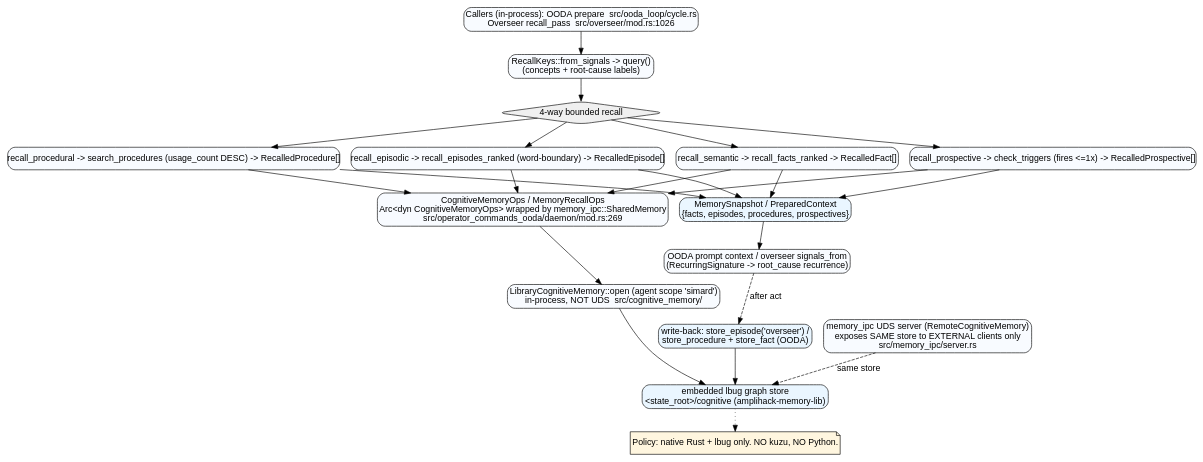
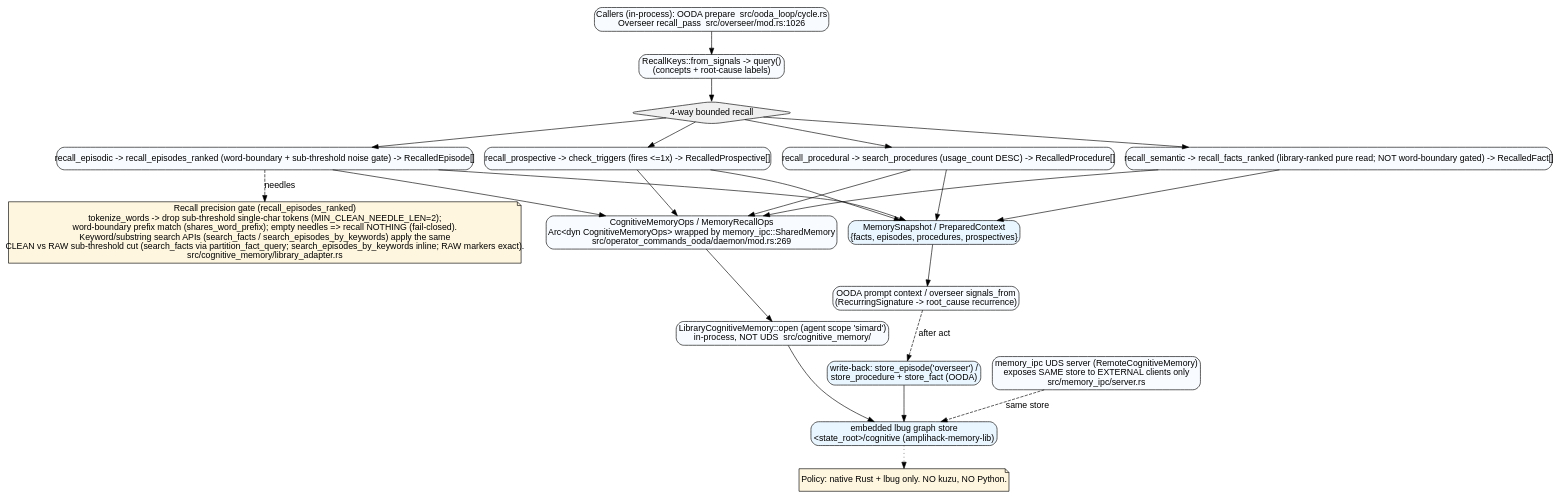
The diagram in docs/atlas/agentic-flows/agentic-memory-recall.dot (rysweet/Simard), drawn with Graphviz before and after one commit. The commit also changed 11 other files, not shown here.

```diff
--- a/docs/atlas/agentic-flows/agentic-memory-recall.dot
+++ b/docs/atlas/agentic-flows/agentic-memory-recall.dot
@@ -1,32 +1,33 @@
 digraph AgenticMemoryRecall {
   rankdir=TB;
   node [shape=box, style="rounded,filled", fillcolor="#f8fbff", fontname="Arial"];
   edge [fontname="Arial"];
 
   trigger [label="Callers (in-process): OODA prepare  src/ooda_loop/cycle.rs\nOverseer recall_pass  src/overseer/mod.rs:1026"];
   keys    [label="RecallKeys::from_signals -> query()\n(concepts + root-cause labels)"];
   fanout  [label="4-way bounded recall", shape=diamond, fillcolor="#f0f0f0"];
-  sem     [label="recall_semantic -> recall_facts_ranked -> RecalledFact[]"];
-  epi     [label="recall_episodic -> recall_episodes_ranked (word-boundary) -> RecalledEpisode[]"];
+  sem     [label="recall_semantic -> recall_facts_ranked (library-ranked pure read; NOT word-boundary gated) -> RecalledFact[]"];
+  epi     [label="recall_episodic -> recall_episodes_ranked (word-boundary + sub-threshold noise gate) -> RecalledEpisode[]"];
   proc    [label="recall_procedural -> search_procedures (usage_count DESC) -> RecalledProcedure[]"];
   pros    [label="recall_prospective -> check_triggers (fires <=1x) -> RecalledProspective[]"];
   adapter [label="CognitiveMemoryOps / MemoryRecallOps\nArc<dyn CognitiveMemoryOps> wrapped by memory_ipc::SharedMemory\nsrc/operator_commands_ooda/daemon/mod.rs:269"];
   lib     [label="LibraryCognitiveMemory::open (agent scope 'simard')\nin-process, NOT UDS  src/cognitive_memory/"];
   store   [label="embedded lbug graph store\n<state_root>/cognitive (amplihack-memory-lib)", fillcolor="#eaf6ff"];
   snapshot[label="MemorySnapshot / PreparedContext\n{facts, episodes, procedures, prospectives}", fillcolor="#eaf6ff"];
   use     [label="OODA prompt context / overseer signals_from\n(RecurringSignature -> root_cause recurrence)"];
   wb      [label="write-back: store_episode('overseer') /\nstore_procedure + store_fact (OODA)", fillcolor="#eaf6ff"];
   ext     [label="memory_ipc UDS server (RemoteCognitiveMemory)\nexposes SAME store to EXTERNAL clients only\nsrc/memory_ipc/server.rs"];
   note    [label="Policy: native Rust + lbug only. NO kuzu, NO Python.", shape=note, fillcolor="#fff6df"];
+  ngate   [label="Recall precision gate (recall_episodes_ranked)\ntokenize_words -> drop sub-threshold single-char tokens (MIN_CLEAN_NEEDLE_LEN=2);\nword-boundary prefix match (shares_word_prefix); empty needles => recall NOTHING (fail-closed).\nKeyword/substring search APIs (search_facts / search_episodes_by_keywords) apply the same\nCLEAN vs RAW sub-threshold cut (search_facts via partition_fact_query; search_episodes_by_keywords inline; RAW markers exact).\nsrc/cognitive_memory/library_adapter.rs", shape=note, fillcolor="#fff6df"];
 
   trigger -> keys -> fanout;
   fanout -> sem; fanout -> epi; fanout -> proc; fanout -> pros;
   sem -> adapter; epi -> adapter; proc -> adapter; pros -> adapter;
   adapter -> lib -> store;
   sem -> snapshot; epi -> snapshot; proc -> snapshot; pros -> snapshot;
-  snapshot -> use;
+  epi -> ngate [label="needles", style=dashed];  snapshot -> use;
   use -> wb [label="after act", style=dashed];
   wb -> store;
   ext -> store [label="same store", style=dashed];
   store -> note [style=dotted];
 }
```
